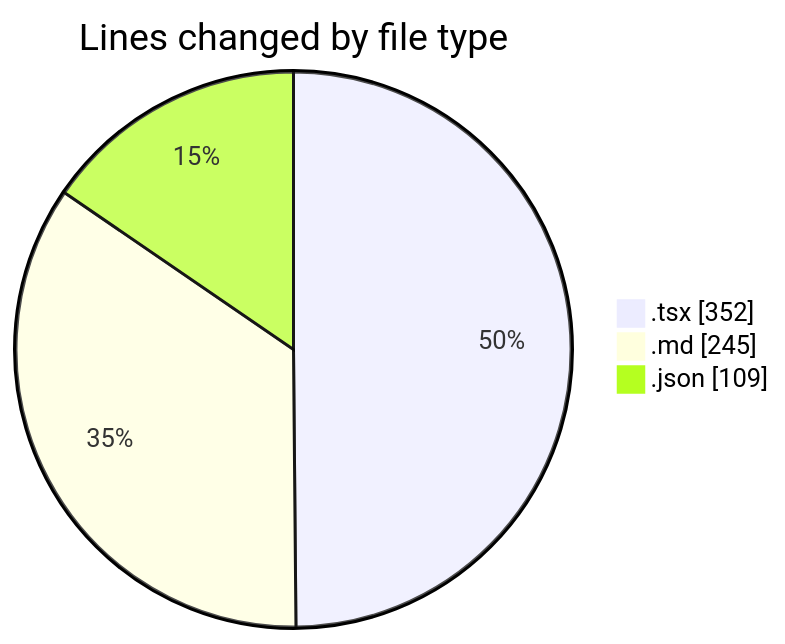
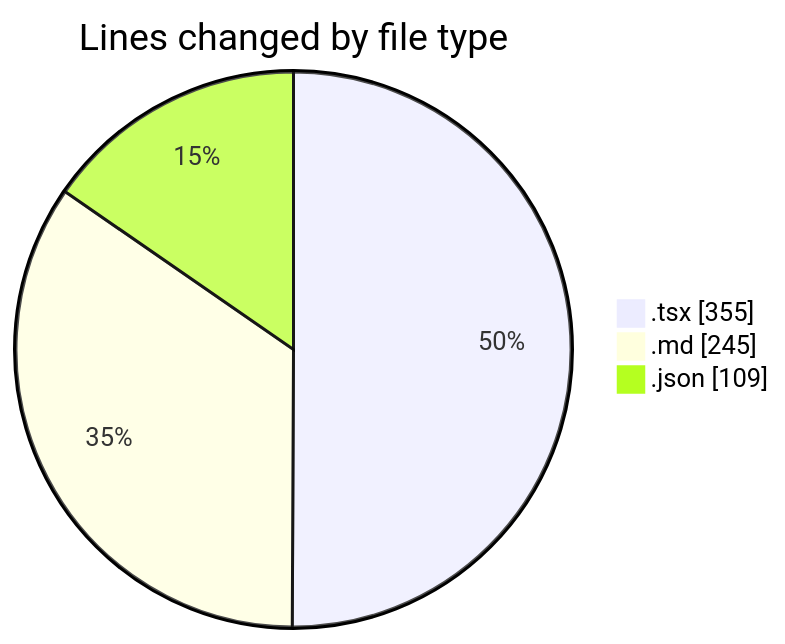
The first of 2 diagrams in 2025-12-12/cda/README.md (momahboobian/code-tracking), drawn with Mermaid before and after one commit. The commit also changed other lines of this file and 1 other file, not shown here.

````diff
--- a/2025-12-12/cda/README.md
+++ b/2025-12-12/cda/README.md
@@ -24,7 +24,7 @@
 ```mermaid
 pie showData
 title Lines changed by file type
-".tsx" : 352
+".tsx" : 355
 ".md" : 245
 ".json" : 109
 ```
````
